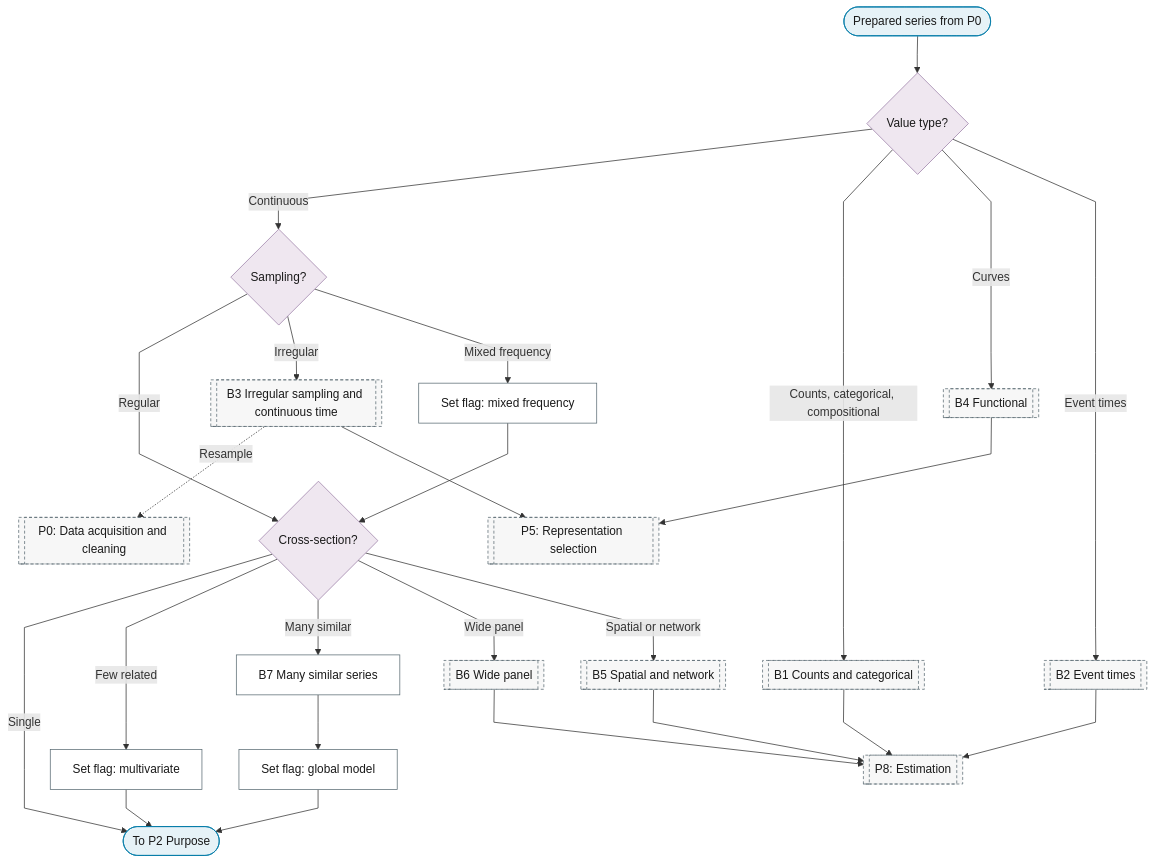
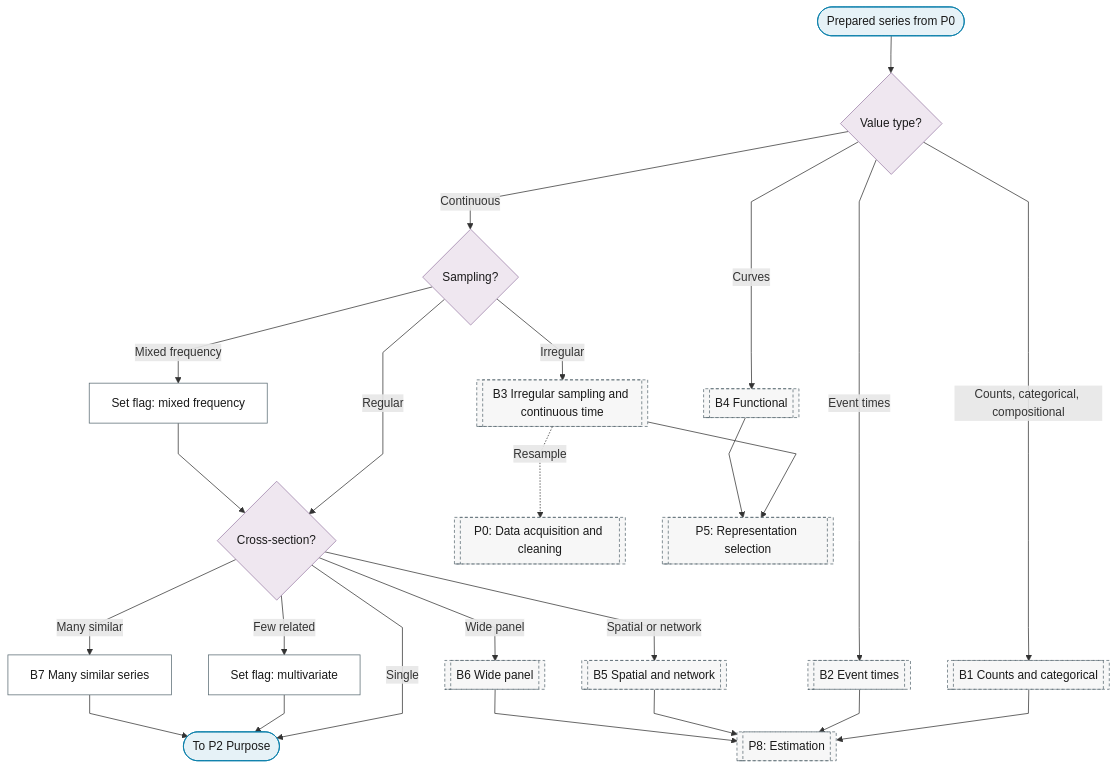
One commit to Shuxin-Y/time-series-analysis-manual changed the first of 2 diagrams in docs/01-workflow/p01-data-type-gate.md. Above: the diagram before and after it, drawn with Mermaid. The commit also changed other lines of this file and 9 other files, not shown here.

First line of the commit message:
fix(flowchart): decision logic is total and flags are a real contract

````diff
--- a/docs/01-workflow/p01-data-type-gate.md
+++ b/docs/01-workflow/p01-data-type-gate.md
@@ -9,41 +9,40 @@
 ```mermaid
 %%{init: {"flowchart": {"curve": "linear"}}}%%
 graph TD
     P1_IN(["Prepared series from P0"]) --> P1_VALUE_TYPE{"Value type?"}
     P1_VALUE_TYPE -->|"Continuous"| P1_SAMPLING{"Sampling?"}
     P1_VALUE_TYPE -->|"Counts, categorical, compositional"| B1[["B1 Counts and categorical"]]
     P1_VALUE_TYPE -->|"Curves"| B4[["B4 Functional"]]
     P1_VALUE_TYPE -->|"Event times"| B2[["B2 Event times"]]
     P1_SAMPLING -->|"Regular"| P1_STRUCTURE{"Cross-section?"}
     P1_SAMPLING -->|"Irregular"| B3[["B3 Irregular sampling and continuous time"]]
     P1_SAMPLING -->|"Mixed frequency"| P1_MIXED_FREQ_FLAG["Set flag: mixed frequency"]
     P1_MIXED_FREQ_FLAG --> P1_STRUCTURE
     P1_STRUCTURE -->|"Single"| P1_OUT
     P1_STRUCTURE -->|"Few related"| P1_MULTIVARIATE_FLAG["Set flag: multivariate"]
     P1_STRUCTURE -->|"Many similar"| B7["B7 Many similar series"]
     P1_STRUCTURE -->|"Wide panel"| B6[["B6 Wide panel"]]
     P1_STRUCTURE -->|"Spatial or network"| B5[["B5 Spatial and network"]]
     P1_MULTIVARIATE_FLAG --> P1_OUT
-    B7 --> P1_GLOBAL_FLAG["Set flag: global model"]
-    P1_GLOBAL_FLAG --> P1_OUT
+    B7 --> P1_OUT
     B3 -.->|"Resample"| P0[["P0: Data acquisition and cleaning"]]
     B3 --> P5[["P5: Representation selection"]]
     B4 --> P5
     B1 --> P8[["P8: Estimation"]]
     B2 --> P8
     B5 --> P8
     B6 --> P8
     P1_OUT(["To P2 Purpose"])
     class P1_IN,P1_OUT terminator
     class P1_VALUE_TYPE,P1_SAMPLING,P1_STRUCTURE decision
-    class P1_MIXED_FREQ_FLAG,P1_MULTIVARIATE_FLAG,P1_GLOBAL_FLAG,B7 process
+    class P1_MIXED_FREQ_FLAG,P1_MULTIVARIATE_FLAG,B7 process
     class B1,B2,B3,B4,B5,B6,P0,P5,P8 ref
     classDef terminator fill:#E6F2F7,stroke:#007BA7,color:#1A1A1A;
     classDef process fill:#FFFFFF,stroke:#5A6B73,color:#1A1A1A;
     classDef decision fill:#EFE7F0,stroke:#9B7FA7,color:#1A1A1A;
     classDef data fill:#FFF4E0,stroke:#C9A55E,color:#1A1A1A;
     classDef good fill:#DCEFD8,stroke:#4A7A3F,color:#1A1A1A;
     classDef escalate fill:#FFE9C2,stroke:#C9A55E,color:#1A1A1A;
     classDef problem fill:#F2D9DE,stroke:#800020,color:#1A1A1A;
     classDef ref fill:#F7F7F7,stroke:#5A6B73,color:#1A1A1A,stroke-dasharray:4 3;
 ```
````
